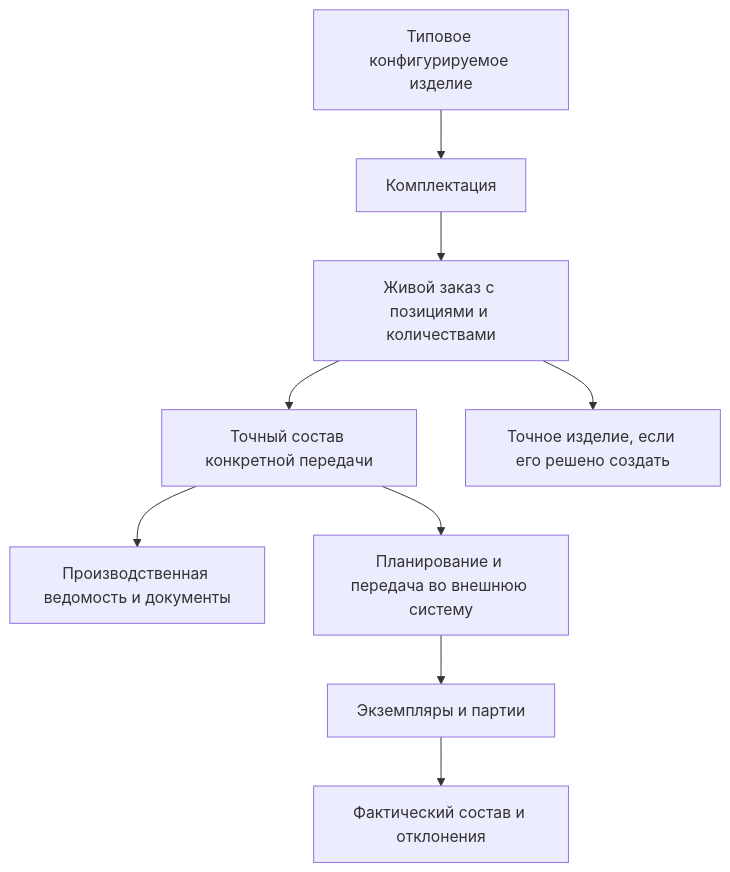
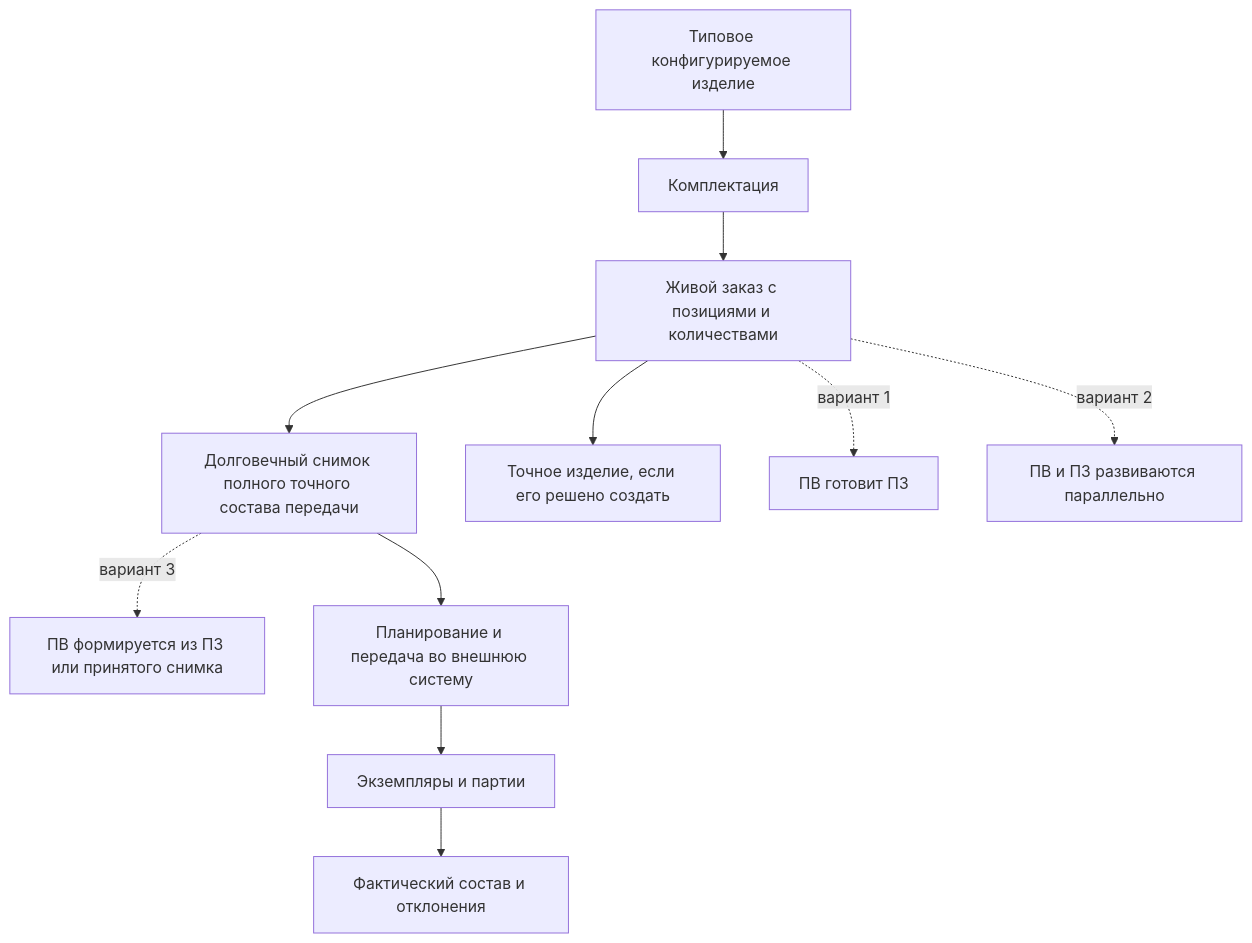
The diagram in wiki/Order-boundaries.md (ZelAnton/Interlink-product-book), drawn with Mermaid before and after one commit. The commit also changed other lines of this file and 67 other files, not shown here.

````diff
--- a/wiki/Order-boundaries.md
+++ b/wiki/Order-boundaries.md
@@ -13,11 +13,13 @@
 ```mermaid
 flowchart TD
     A["Типовое конфигурируемое изделие"] --> B["Комплектация"]
     B --> C["Живой заказ с позициями и количествами"]
-    C --> D["Точный состав конкретной передачи"]
+    C --> D["Долговечный снимок полного точного состава передачи"]
     C --> E["Точное изделие, если его решено создать"]
-    D --> F["Производственная ведомость и документы"]
+    C -.->|"вариант 1"| F["ПВ готовит ПЗ"]
+    C -.->|"вариант 2"| J["ПВ и ПЗ развиваются параллельно"]
+    D -.->|"вариант 3"| K["ПВ формируется из ПЗ или принятого снимка"]
     D --> G["Планирование и передача во внешнюю систему"]
     G --> H["Экземпляры и партии"]
     H --> I["Фактический состав и отклонения"]
 ```
````
